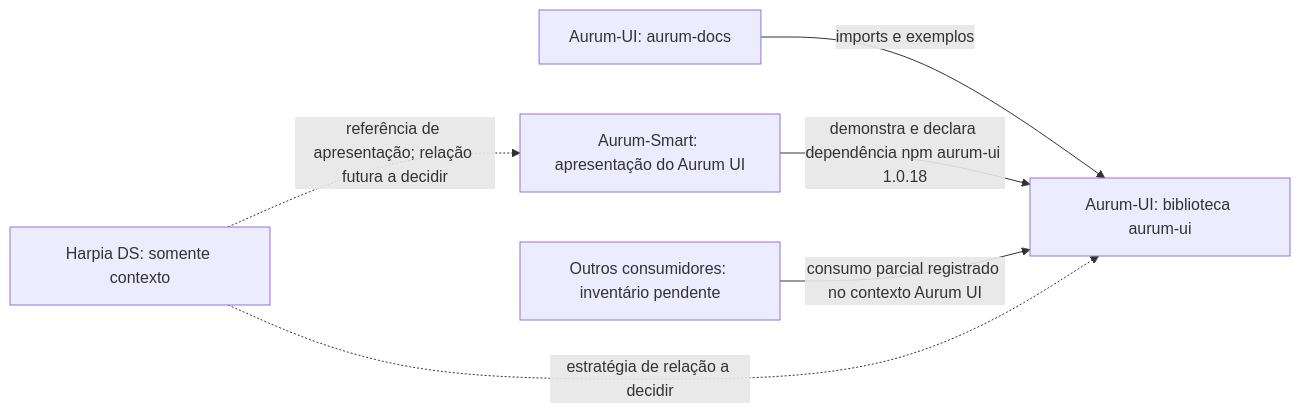
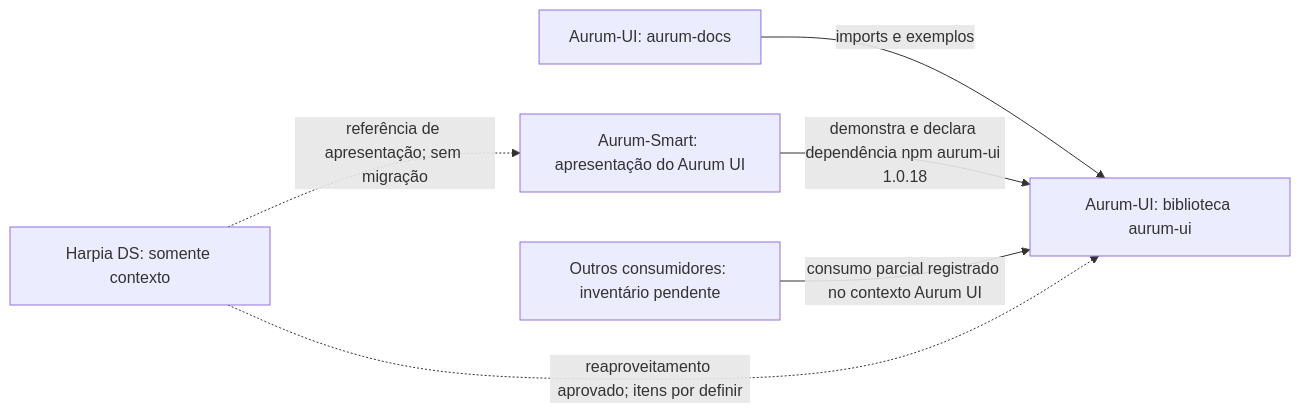
One commit to rysecodebr/harpia-ds changed the first of 2 diagrams in docs/context/graph.md. Above: the diagram before and after it, drawn with Mermaid. The commit also changed 5 other files, not shown here.

````diff
--- a/docs/context/graph.md
+++ b/docs/context/graph.md
@@ -5,14 +5,14 @@
 ```mermaid
 flowchart LR
     AurumUI["Aurum-UI: biblioteca aurum-ui"]
     AurumDocs["Aurum-UI: aurum-docs"]
     Smart["Aurum-Smart: apresentação do Aurum UI"]
     Harpia["Harpia DS: somente contexto"]
     Consumers["Outros consumidores: inventário pendente"]
 
     AurumDocs -->|imports e exemplos| AurumUI
     Smart -->|demonstra e declara dependência npm aurum-ui 1.0.18| AurumUI
     Consumers -->|consumo parcial registrado no contexto Aurum UI| AurumUI
-    Harpia -.->|estratégia de relação a decidir| AurumUI
-    Harpia -.->|referência de apresentação; relação futura a decidir| Smart
+    Harpia -.->|reaproveitamento aprovado; itens por definir| AurumUI
+    Harpia -.->|referência de apresentação; sem migração| Smart
 ```
````
